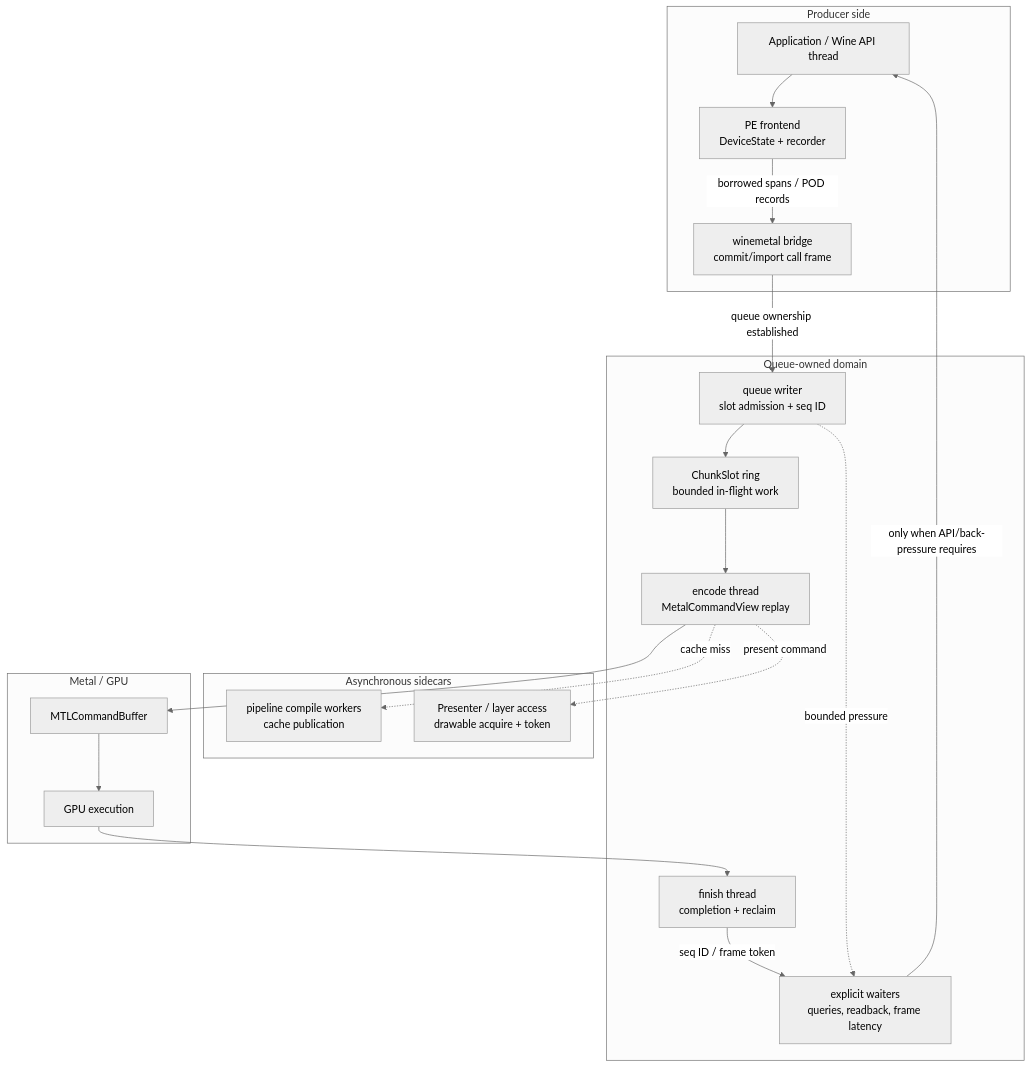
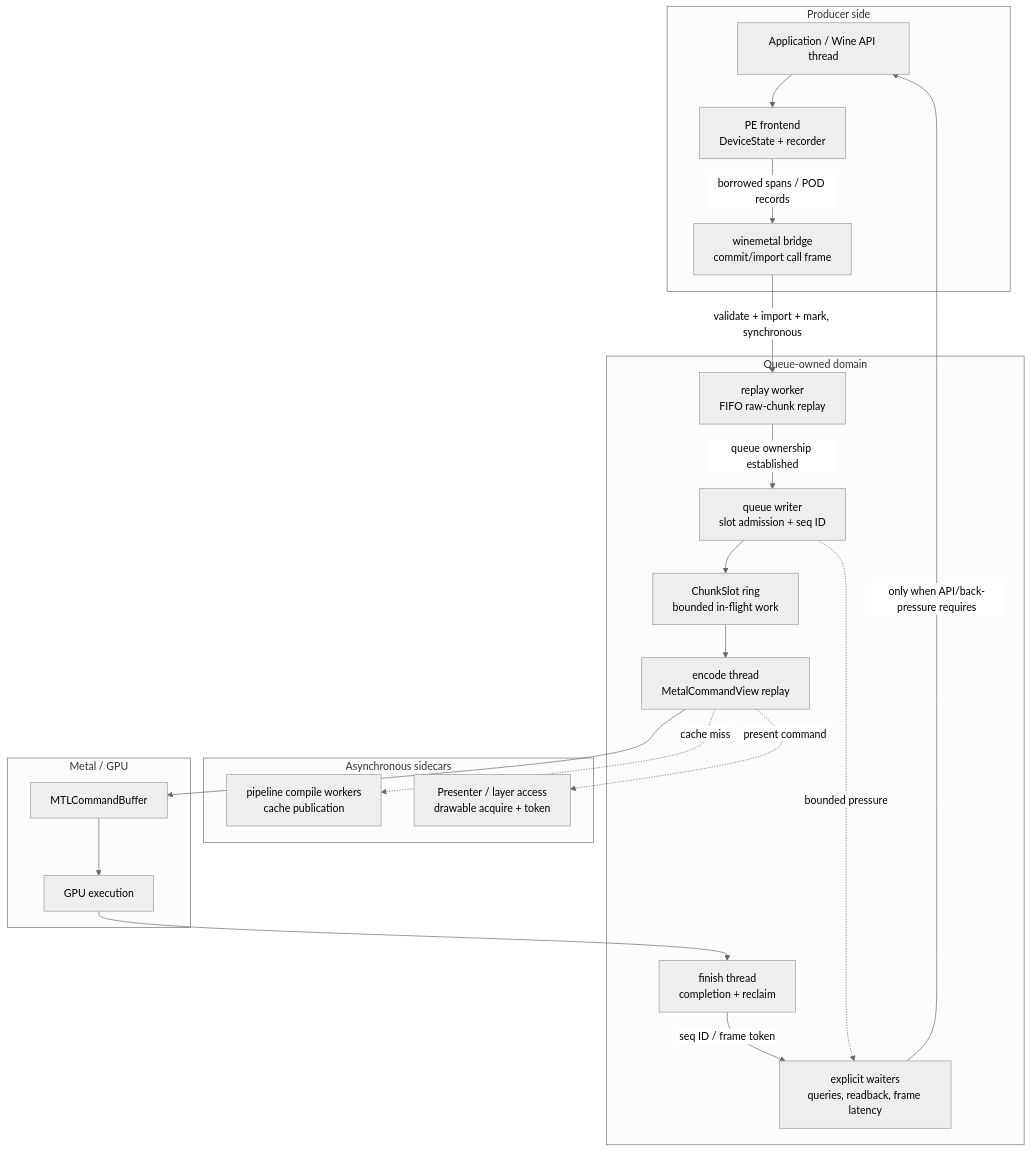
Before and after one commit to dfdgsdfg/dxmt9: the seventh of 13 diagrams in specs/archicture/spec.md, drawn with Mermaid (neutral theme). The commit also changed other lines of this file and 4 other files, not shown here.

````diff
--- a/specs/archicture/spec.md
+++ b/specs/archicture/spec.md
@@ -366,40 +376,42 @@
 ```mermaid
 flowchart TD
     subgraph Producer["Producer side"]
         APP["Application / Wine API thread"]
         PE["PE frontend\nDeviceState + recorder"]
         BRIDGE["winemetal bridge\ncommit/import call frame"]
     end
 
     subgraph Queue["Queue-owned domain"]
+        WORKER["replay worker\nFIFO raw-chunk replay"]
         WRITER["queue writer\nslot admission + seq ID"]
         SLOT["ChunkSlot ring\nbounded in-flight work"]
         ENCODE["encode thread\nMetalCommandView replay"]
         FINISH["finish thread\ncompletion + reclaim"]
         WAITERS["explicit waiters\nqueries, readback, frame latency"]
     end
 
     subgraph Async["Asynchronous sidecars"]
         PSO["pipeline compile workers\ncache publication"]
         PRES["Presenter / layer access\ndrawable acquire + token"]
     end
 
     subgraph Device["Metal / GPU"]
         CB["MTLCommandBuffer"]
         GPU["GPU execution"]
     end
 
     APP --> PE
     PE -->|"borrowed spans / POD records"| BRIDGE
-    BRIDGE -->|"queue ownership established"| WRITER
+    BRIDGE -->|"validate + import + mark, synchronous"| WORKER
+    WORKER -->|"queue ownership established"| WRITER
     WRITER --> SLOT
     SLOT --> ENCODE
     ENCODE --> CB
     ENCODE -. cache miss .-> PSO
     ENCODE -. present command .-> PRES
     CB --> GPU
     GPU --> FINISH
     FINISH -->|"seq ID / frame token"| WAITERS
     WAITERS -->|"only when API/back-pressure requires"| APP
     WRITER -. bounded pressure .-> WAITERS
 ```
````
